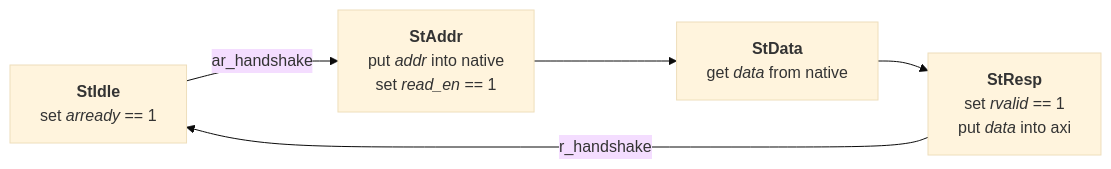
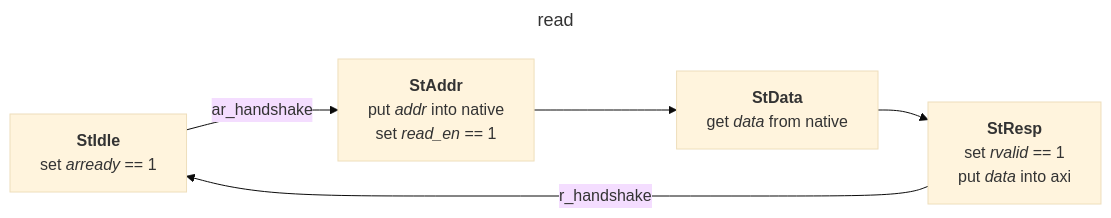
One commit to BROsandr/vga changed the first of 2 diagrams in rtl/axil_fsm_diagram.md. Above: the diagram before and after it, drawn with Mermaid (base theme). The commit also changed other lines of this file, not shown here.

Commit message:
Fix(axil_fsm_diag):Испр-ие заголовков

````diff
--- a/rtl/axil_fsm_diagram.md
+++ b/rtl/axil_fsm_diagram.md
@@ -1,22 +1,22 @@
 ```mermaid
 ---
-read
+title: read
 ---
 
 graph LR
   StIdle -->|ar_handshake| StAddr
   StAddr --> StData
   StData --> StResp
   StResp -->|r_handshake| StIdle
 
   StIdle["`**StIdle**
       set *arready* == 1`"]
   StAddr["`**StAddr**
       put *addr* into native
       set *read_en* == 1`"]
   StData["`**StData**
       get *data* from native`"]
   StResp["`**StResp**
       set *rvalid* == 1
       put *data* into axi`"]
 ```
````
